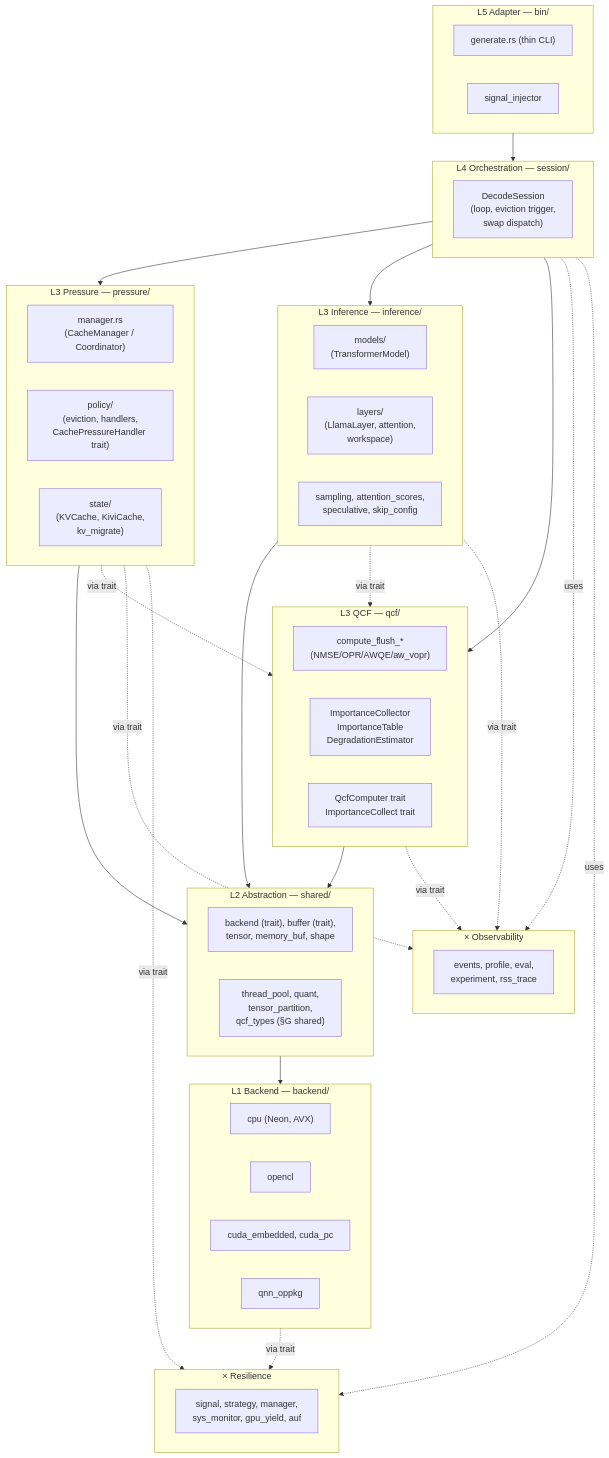
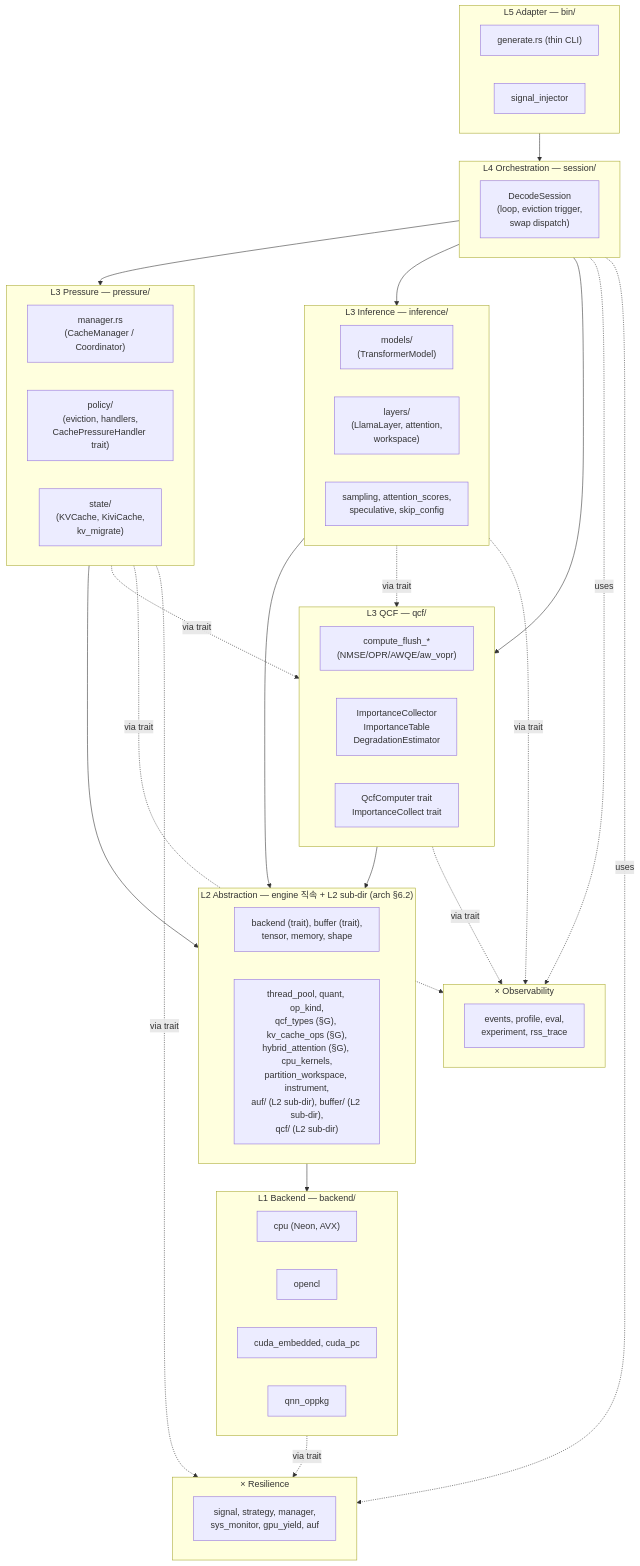
Before and after one commit to hedone21/llm_rs2: the ninth of 9 diagrams in ARCHITECTURE.md, drawn with Mermaid. The commit also changed other lines of this file and 3 other files, not shown here.

First line of the commit message:
docs(arch): shared/ 페이퍼 목표 폐기, L2 운영 모델 정직 표기 (옵션 C)

````diff
--- a/ARCHITECTURE.md
+++ b/ARCHITECTURE.md
@@ -1525,59 +1525,59 @@
 ```mermaid
 flowchart TB
     subgraph L5 ["L5 Adapter — bin/"]
         Gen["generate.rs (thin CLI)"]
         SigInj["signal_injector"]
     end
     subgraph L4 ["L4 Orchestration — session/"]
         Sess["DecodeSession<br/>(loop, eviction trigger,<br/>swap dispatch)"]
     end
     subgraph L3A ["L3 Pressure — pressure/"]
         CM["manager.rs<br/>(CacheManager / Coordinator)"]
         Pol["policy/<br/>(eviction, handlers,<br/>CachePressureHandler trait)"]
         State["state/<br/>(KVCache, KiviCache,<br/>kv_migrate)"]
     end
     subgraph L3B ["L3 Inference — inference/"]
         Models["models/<br/>(TransformerModel)"]
         Layers["layers/<br/>(LlamaLayer, attention,<br/>workspace)"]
         Samp["sampling, attention_scores,<br/>speculative, skip_config"]
     end
     subgraph L3C ["L3 QCF — qcf/"]
         QcfCompute["compute_flush_*<br/>(NMSE/OPR/AWQE/aw_vopr)"]
         QcfImp["ImportanceCollector<br/>ImportanceTable<br/>DegradationEstimator"]
         QcfTraits["QcfComputer trait<br/>ImportanceCollect trait"]
     end
-    subgraph L2 ["L2 Abstraction — shared/"]
-        Trait["backend (trait), buffer (trait),<br/>tensor, memory_buf, shape"]
-        Util["thread_pool, quant,<br/>tensor_partition,<br/>qcf_types (§G shared)"]
+    subgraph L2 ["L2 Abstraction — engine 직속 + L2 sub-dir (arch §6.2)"]
+        Trait["backend (trait), buffer (trait),<br/>tensor, memory, shape"]
+        Util["thread_pool, quant, op_kind,<br/>qcf_types (§G), kv_cache_ops (§G),<br/>hybrid_attention (§G), cpu_kernels,<br/>partition_workspace, instrument,<br/>auf/ (L2 sub-dir), buffer/ (L2 sub-dir),<br/>qcf/ (L2 sub-dir)"]
     end
     subgraph L1 ["L1 Backend — backend/"]
         CPU["cpu (Neon, AVX)"]
         CL["opencl"]
         CUDA["cuda_embedded, cuda_pc"]
         QNN["qnn_oppkg"]
     end
     subgraph CC1 ["× Observability"]
         Obs["events, profile, eval,<br/>experiment, rss_trace"]
     end
     subgraph CC2 ["× Resilience"]
         Res["signal, strategy, manager,<br/>sys_monitor, gpu_yield, auf"]
     end
 
     L5 --> L4
     L4 --> L3A
     L4 --> L3B
     L4 --> L3C
     L3A --> L2
     L3B --> L2
     L3C --> L2
     L2 --> L1
     L3A -.via trait.-> L3C
     L3B -.via trait.-> L3C
     L4 -.uses.-> CC1
     L4 -.uses.-> CC2
     L3A -.via trait.-> CC1
     L3A -.via trait.-> CC2
     L3B -.via trait.-> CC1
     L3C -.via trait.-> CC1
     L1 -.via trait.-> CC2
 ```
````
